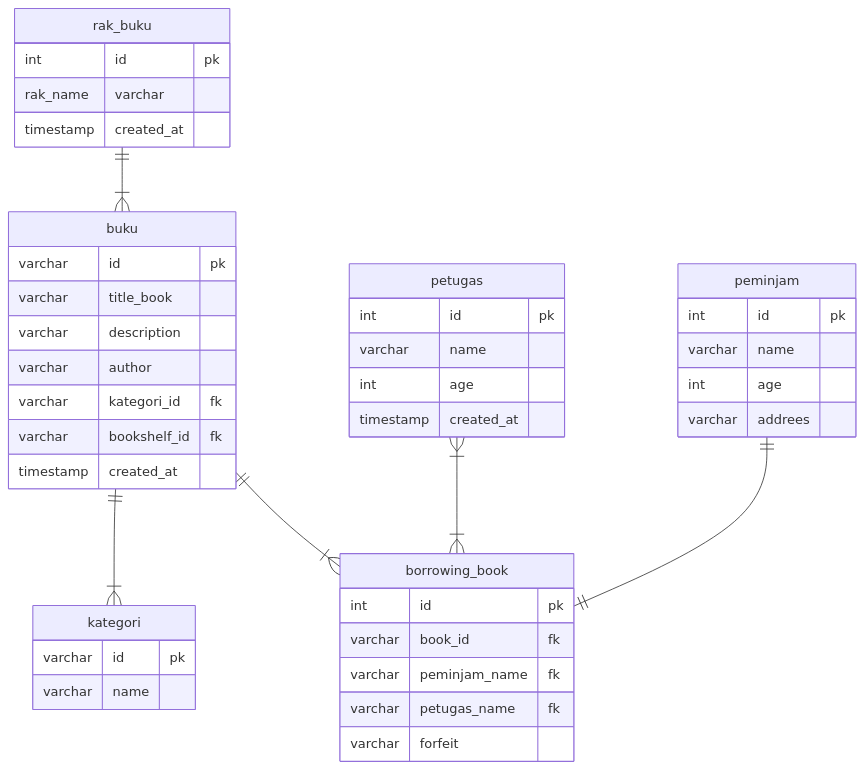
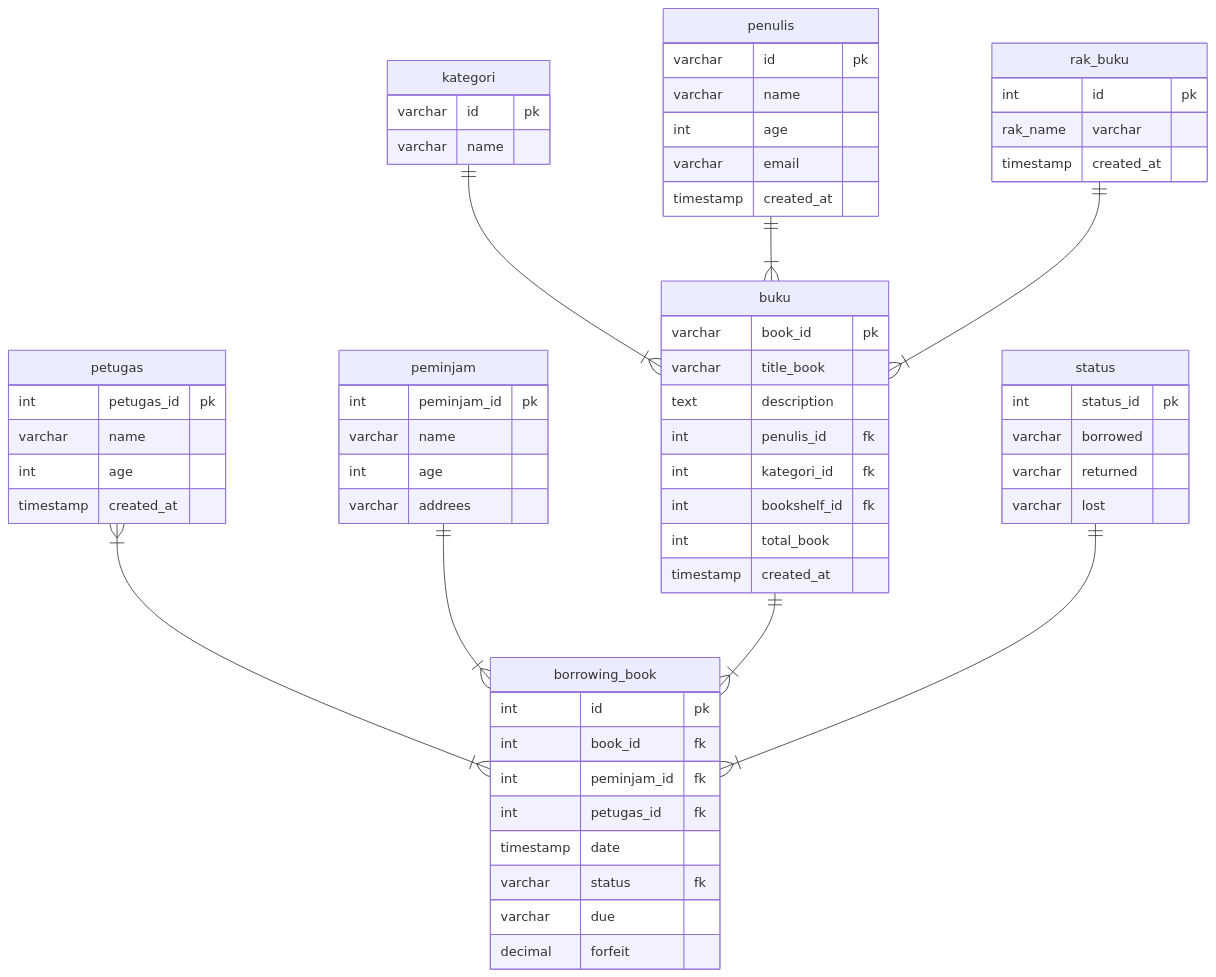
Before and after one commit to AbiPasundan/koda-b6-db1: the diagram in README.md, drawn with Mermaid. The commit also changed 1 other file, not shown here.

Commit message:
feat: update erd

````diff
--- a/README.md
+++ b/README.md
@@ -7,50 +7,70 @@
 ```mermaid
 
 erDiagram
-    buku ||--|{kategori: ""
+    kategori ||--|{buku: ""
     petugas }|--|{borrowing_book: ""
 
+    penulis {
+        varchar id pk
+        varchar name
+        int age
+        varchar email
+        timestamp created_at
+    }
+    penulis ||--|{buku: ""
     buku {
-        varchar id pk
+        varchar book_id pk
         varchar title_book
-        varchar description
-        varchar author
-        varchar kategori_id fk
-        varchar bookshelf_id fk
+        text description
+        int penulis_id fk
+        int kategori_id fk
+        int bookshelf_id fk
+        int total_book
         timestamp created_at
     }
 
     kategori {
         varchar id pk
         varchar name
     }
 
     rak_buku||--|{buku : ""
     rak_buku {
         int id pk
         rak_name varchar
         timestamp created_at
     }
     petugas {
-        int id pk
+        int petugas_id pk
         varchar name
         int age
         timestamp created_at
     }
-    peminjam ||--||borrowing_book: ""
+    peminjam ||--|{borrowing_book: ""
     peminjam {
-        int id pk
+        int peminjam_id pk
         varchar name
         int age
         varchar addrees
     }
 
     buku ||--|{borrowing_book: ""
     borrowing_book {
         int id pk
-        varchar book_id fk
-        varchar peminjam_name fk
-        varchar petugas_name fk
-        varchar forfeit
+        int book_id fk
+        int peminjam_id fk
+        int petugas_id fk
+        timestamp date
+        varchar status fk
+        varchar due
+        decimal forfeit
     }
+    status ||--|{borrowing_book:""
+    status {
+        int status_id pk
+        varchar borrowed
+        varchar returned
+        varchar lost
+    }
+
 ```
````
